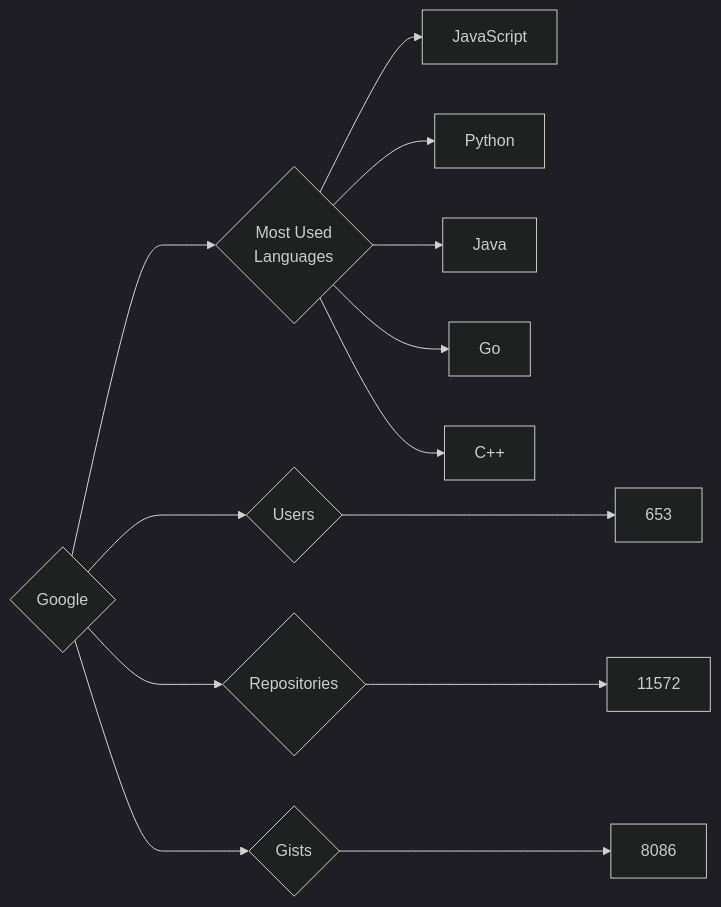
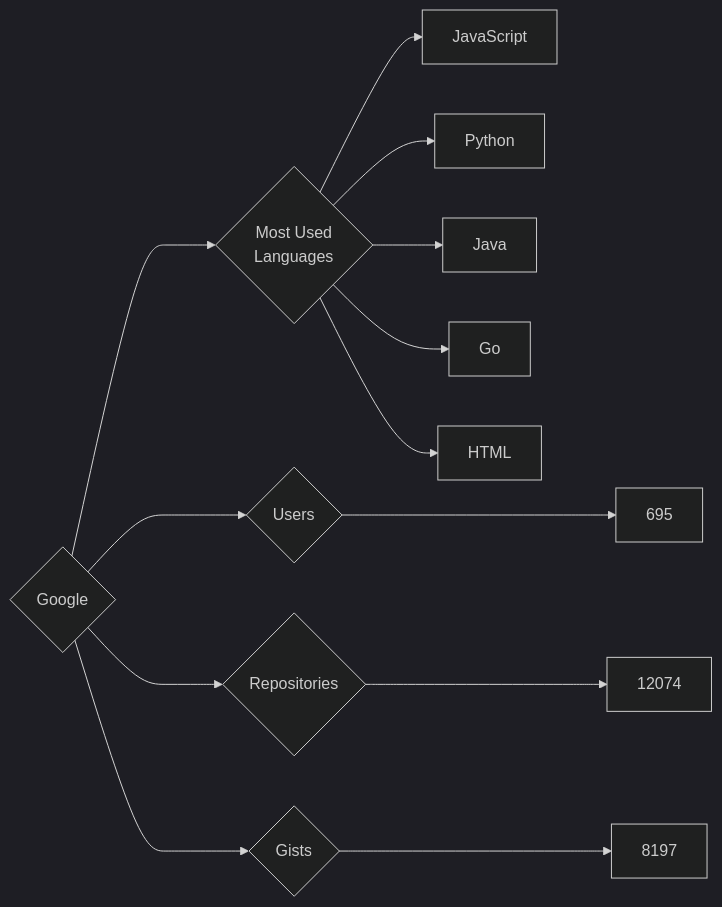
Before and after one commit to trickest/insiders: the diagram in targets/Google/README.md, drawn with Mermaid (dark theme). The commit also changed 786 other files, not shown here.

````diff
--- a/targets/Google/README.md
+++ b/targets/Google/README.md
@@ -3,13 +3,13 @@
 ```mermaid
 graph LR
 COMPANY_NAME{Google}
-COMPANY_NAME ---> U{Users} ---> UN[653]
-COMPANY_NAME ---> R{Repositories} ---> RN[11572]
-COMPANY_NAME ---> G{Gists} ---> GN[8086]
+COMPANY_NAME ---> U{Users} ---> UN[695]
+COMPANY_NAME ---> R{Repositories} ---> RN[12074]
+COMPANY_NAME ---> G{Gists} ---> GN[8197]
 COMPANY_NAME ---> ML{Most Used<br>Languages}
 ML --> JavaScript[JavaScript]
 ML --> Python[Python]
 ML --> Java[Java]
 ML --> Go[Go]
-ML --> C++[C++]
+ML --> HTML[HTML]
 ```
````
